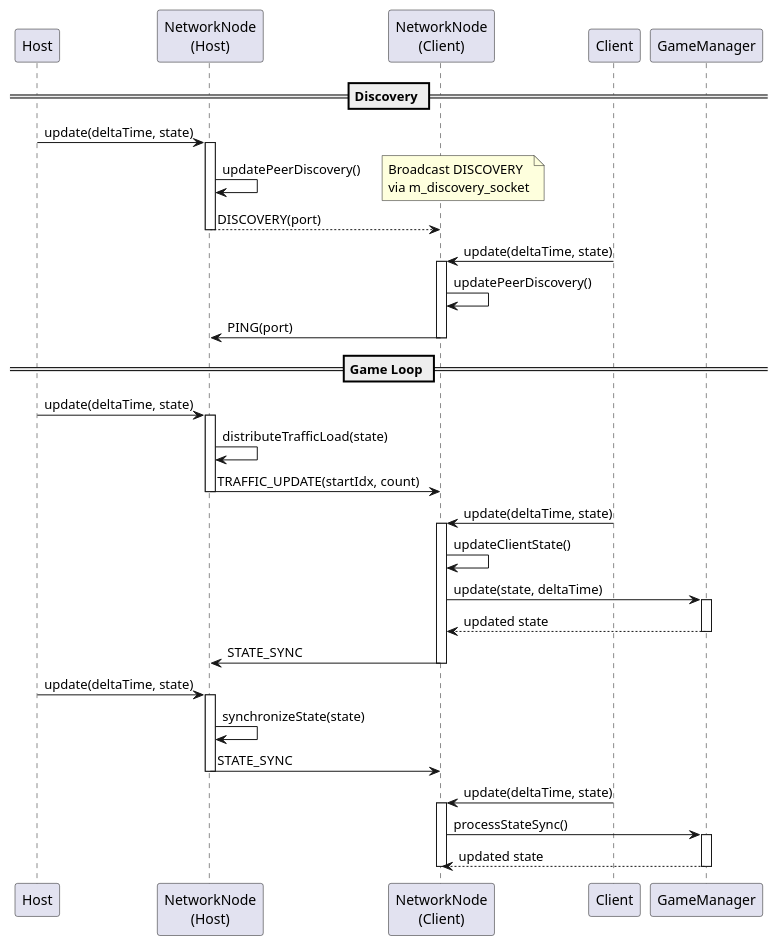
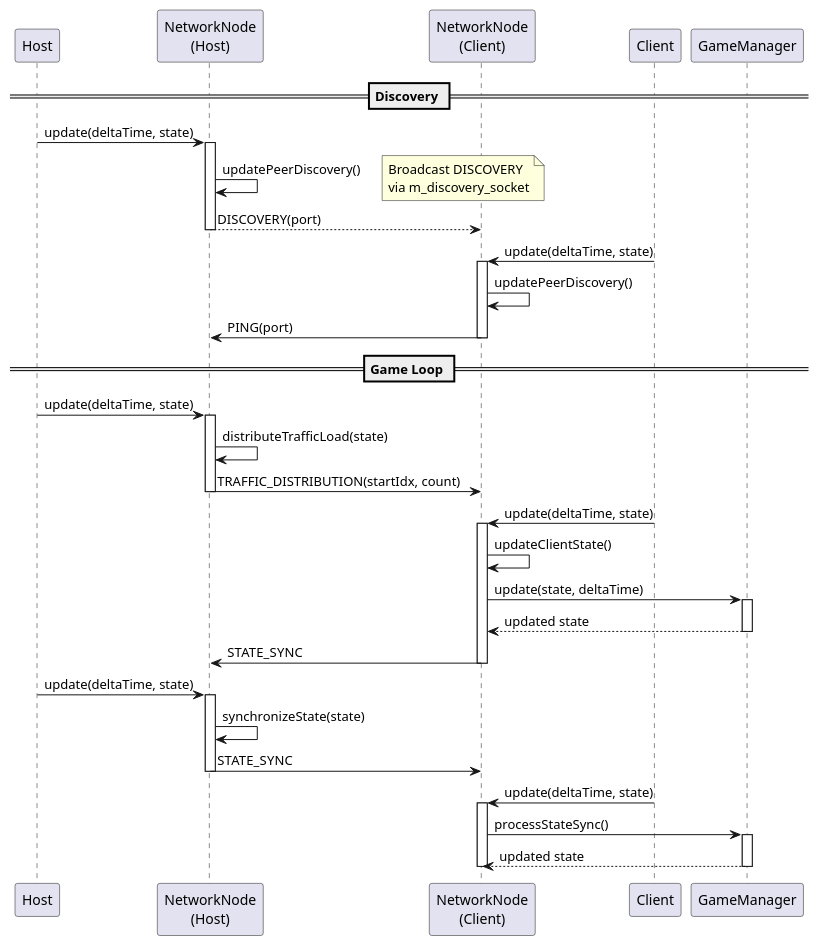
One commit to Lecrapouille/BacASable changed the diagram in Cpp/Peer2Peer/sequence.plantuml. Above: the diagram before and after it, drawn with PlantUML. The commit also changed 8 other files, not shown here.

```diff
--- a/Cpp/Peer2Peer/sequence.plantuml
+++ b/Cpp/Peer2Peer/sequence.plantuml
@@ -1,52 +1,52 @@
 @startuml
 participant Host
 participant "NetworkNode\n(Host)" as NodeH
 participant "NetworkNode\n(Client)" as NodeC
 participant Client
 participant GameManager
 
 == Discovery ==
 Host -> NodeH: update(deltaTime, state)
 activate NodeH
 NodeH -> NodeH: updatePeerDiscovery()
 note right: Broadcast DISCOVERY\nvia m_discovery_socket
 NodeH --> NodeC: DISCOVERY(port)
 deactivate NodeH
 
 Client -> NodeC: update(deltaTime, state)
 activate NodeC
 NodeC -> NodeC: updatePeerDiscovery()
 NodeC -> NodeH: PING(port)
 deactivate NodeC
 
 == Game Loop ==
 Host -> NodeH: update(deltaTime, state)
 activate NodeH
 NodeH -> NodeH: distributeTrafficLoad(state)
-NodeH -> NodeC: TRAFFIC_UPDATE(startIdx, count)
+NodeH -> NodeC: TRAFFIC_DISTRIBUTION(startIdx, count)
 deactivate NodeH
 
 Client -> NodeC: update(deltaTime, state)
 activate NodeC
 NodeC -> NodeC: updateClientState()
 NodeC -> GameManager: update(state, deltaTime)
 activate GameManager
 GameManager --> NodeC: updated state
 deactivate GameManager
 NodeC -> NodeH: STATE_SYNC
 deactivate NodeC
 
 Host -> NodeH: update(deltaTime, state)
 activate NodeH
 NodeH -> NodeH: synchronizeState(state)
 NodeH -> NodeC: STATE_SYNC
 deactivate NodeH
 
 Client -> NodeC: update(deltaTime, state)
 activate NodeC
 NodeC -> GameManager: processStateSync()
 activate GameManager
 GameManager --> NodeC: updated state
 deactivate GameManager
 deactivate NodeC
 @enduml
```
